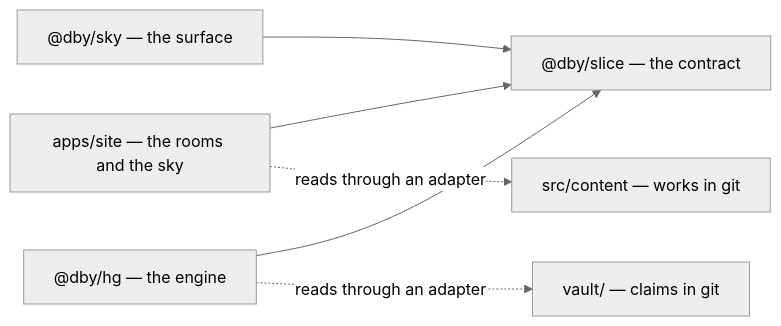
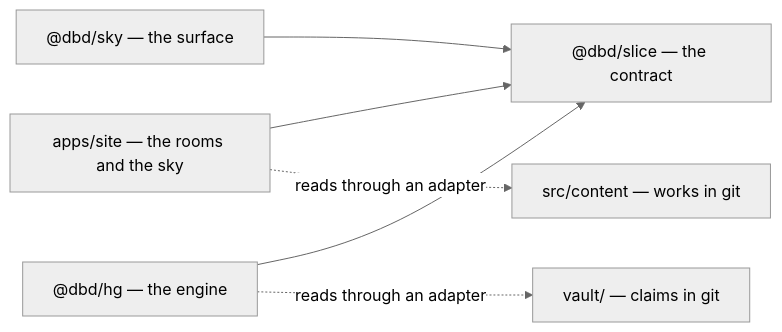
One commit to danielbdyer/website changed the diagram in CATHEDRALS.md. Above: the diagram before and after it, drawn with Mermaid (neutral theme). The commit also changed other lines of this file and 22 other files, not shown here.

````diff
--- a/CATHEDRALS.md
+++ b/CATHEDRALS.md
@@ -123,8 +125,8 @@
 ```mermaid
 flowchart LR
-  site["apps/site — the rooms and the sky"] --> slice["@dby/slice — the contract"]
-  sky["@dby/sky — the surface"] --> slice
-  hg["@dby/hg — the engine"] --> slice
+  site["apps/site — the rooms and the sky"] --> slice["@dbd/slice — the contract"]
+  sky["@dbd/sky — the surface"] --> slice
+  hg["@dbd/hg — the engine"] --> slice
   hg -. reads through an adapter .-> vault["vault/ — claims in git"]
   site -. reads through an adapter .-> content["src/content — works in git"]
 ```
````
